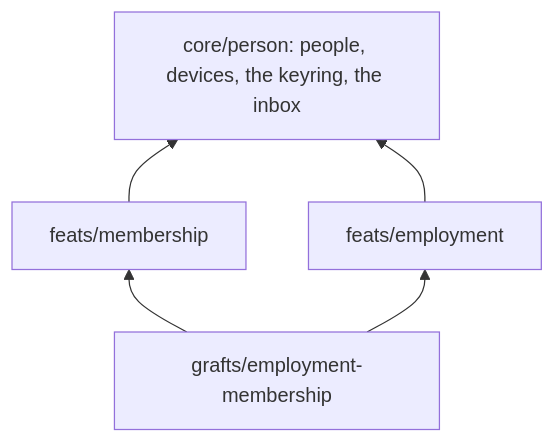
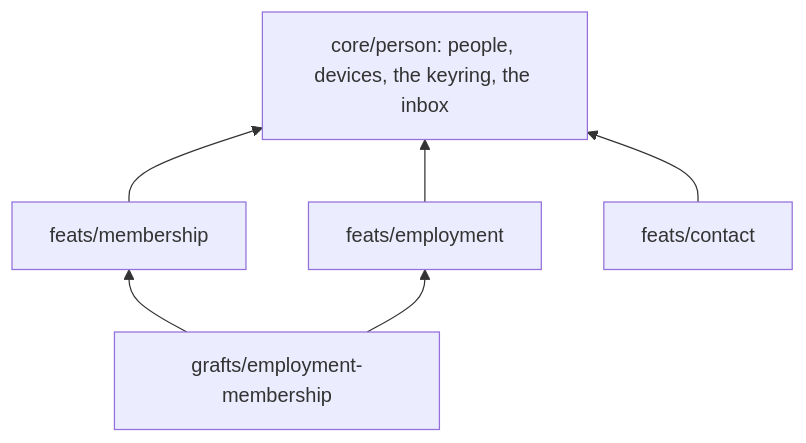
The first of 2 diagrams in apps/org/core/person/index.md (cella-coop/cella), drawn with Mermaid before and after one commit. The commit also changed other lines of this file and 29 other files, not shown here.

First line of the commit message:
A person contact is a core person, and the contact feat keeps what the co-op knows of them as a CRM

````diff
--- a/apps/org/core/person/index.md
+++ b/apps/org/core/person/index.md
@@ -35,11 +36,13 @@
 ```mermaid
 flowchart BT
   person["core/person: people, devices, the keyring, the inbox"]
   membership["feats/membership"]
   employment["feats/employment"]
+  contact["feats/contact"]
   graft["grafts/employment-membership"]
   membership --> person
   employment --> person
+  contact --> person
   graft --> membership
   graft --> employment
 ```
````
